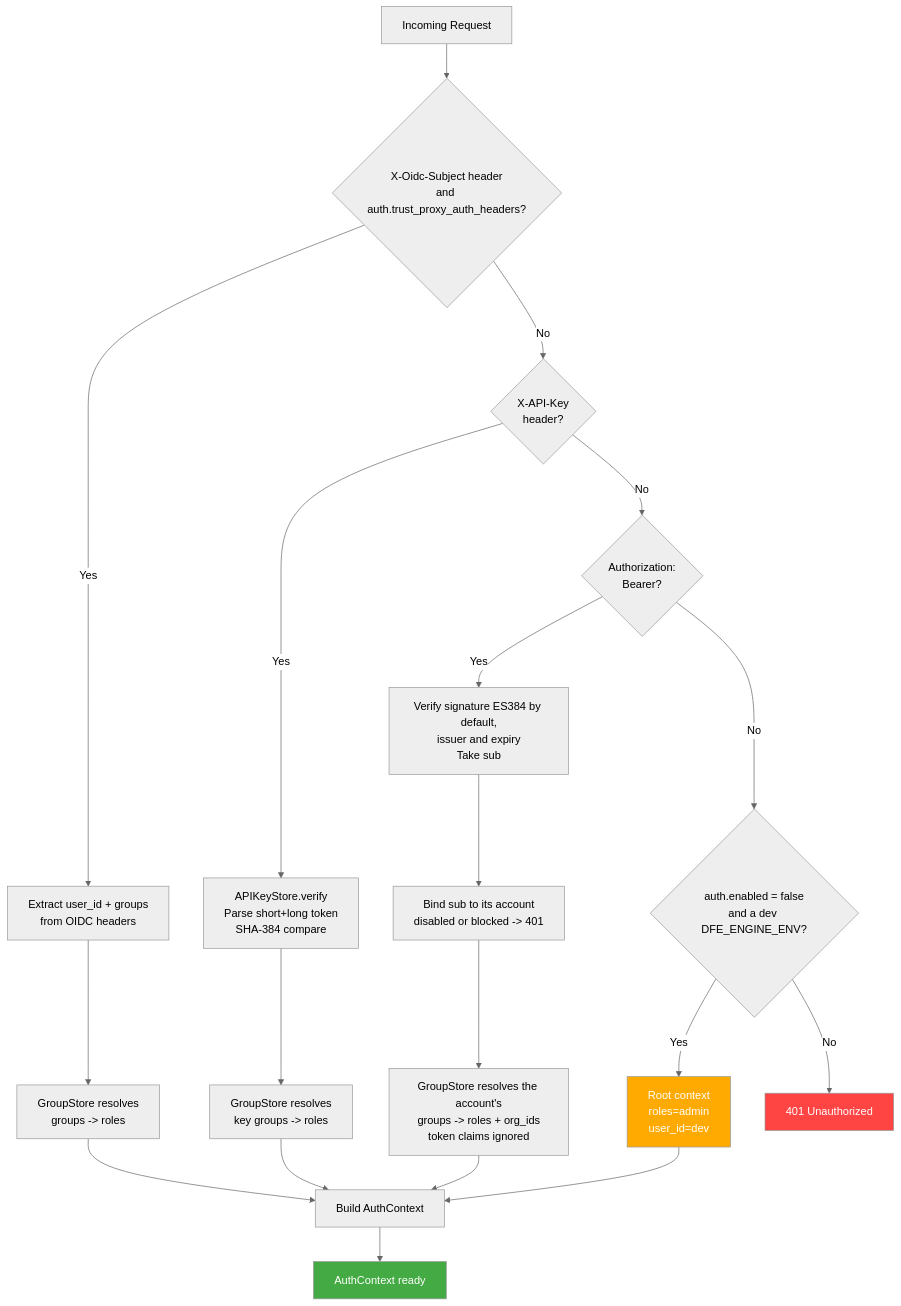
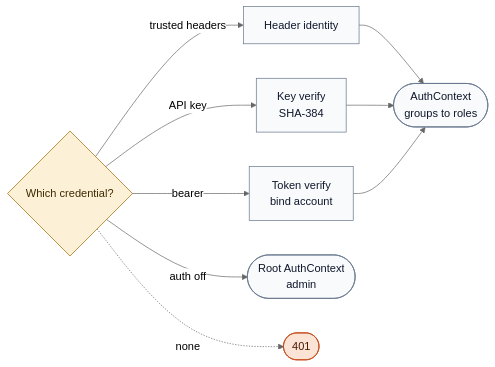
The first of 8 diagrams in docs/control-plane/rbac.md (hyperi-io/dfe-engine), drawn with Mermaid (neutral theme) before and after one commit. The commit also changed other lines of this file and 71 other files, not shown here.

First line of the commit message:
docs(engine): fix 159 claims and redraw every diagram

````diff
--- a/docs/control-plane/rbac.md
+++ b/docs/control-plane/rbac.md
@@ -11,30 +13,30 @@
 ```mermaid
-flowchart TD
-    REQ[Incoming Request] --> OIDC{X-Oidc-Subject header<br/>and auth.trust_proxy_auth_headers?}
-    OIDC -->|Yes| EXTRACT_OIDC[Extract user_id + groups<br/>from OIDC headers]
-    EXTRACT_OIDC --> RESOLVE_OIDC[GroupStore resolves<br/>groups -> roles]
-    RESOLVE_OIDC --> CTX[Build AuthContext]
+flowchart LR
+    accTitle: L4 Detail -- Four authentication paths
+    accDescr: A request is checked for trusted OIDC headers, then an API key, then a bearer token. Each resolves its groups to roles in the AuthContext. A request with none gets the root context when auth is off in a dev environment, and a 401 otherwise.
 
-    OIDC -->|No| APIKEY{X-API-Key<br/>header?}
-    APIKEY -->|Yes| VERIFY_KEY[APIKeyStore.verify<br/>Parse short+long token<br/>SHA-384 compare]
-    VERIFY_KEY --> RESOLVE_KEY[GroupStore resolves<br/>key groups -> roles]
-    RESOLVE_KEY --> CTX
+    which{"Which credential?"}
 
-    APIKEY -->|No| JWT{Authorization:<br/>Bearer?}
-    JWT -->|Yes| DECODE["Verify signature ES384 by default,<br/>issuer and expiry<br/>Take sub"]
-    DECODE --> BIND["Bind sub to its account<br/>disabled or blocked -> 401"]
-    BIND --> RESOLVE_JWT["GroupStore resolves the account's<br/>groups -> roles + org_ids<br/>token claims ignored"]
-    RESOLVE_JWT --> CTX
+    hdr["Header identity"]
+    key["Key verify<br/>SHA-384"]
+    tok["Token verify<br/>bind account"]
+    root(["Root AuthContext<br/>admin"])
+    reject(["401"])
 
-    JWT -->|No| DISABLED{auth.enabled = false<br/>and a dev DFE_ENGINE_ENV?}
-    DISABLED -->|Yes| ROOT[Root context<br/>roles=admin<br/>user_id=dev]
-    ROOT --> CTX
+    resolve(["AuthContext<br/>groups to roles"])
 
-    DISABLED -->|No| REJECT[401 Unauthorized]
+    which -->|trusted headers| hdr
+    which -->|API key| key
+    which -->|bearer| tok
+    which -->|auth off| root
+    which -.->|none| reject
+    hdr --> resolve
+    key --> resolve
+    tok --> resolve
 
-    CTX --> AUTH_DONE[AuthContext ready]
-
-    style REJECT fill:#f44,color:#fff
-    style AUTH_DONE fill:#4a4,color:#fff
-    style ROOT fill:#fa0,color:#fff
+    classDef default fill:#F8FAFC,stroke:#64748B,stroke-width:1px,color:#0F172A
+    classDef decision fill:#FCF1D6,stroke:#9A6700,stroke-width:1px,color:#3D2A00
+    classDef error fill:#FBE3D6,stroke:#C2410C,stroke-width:1px,color:#4A1A05
+    class which decision
+    class reject error
 ```
````
